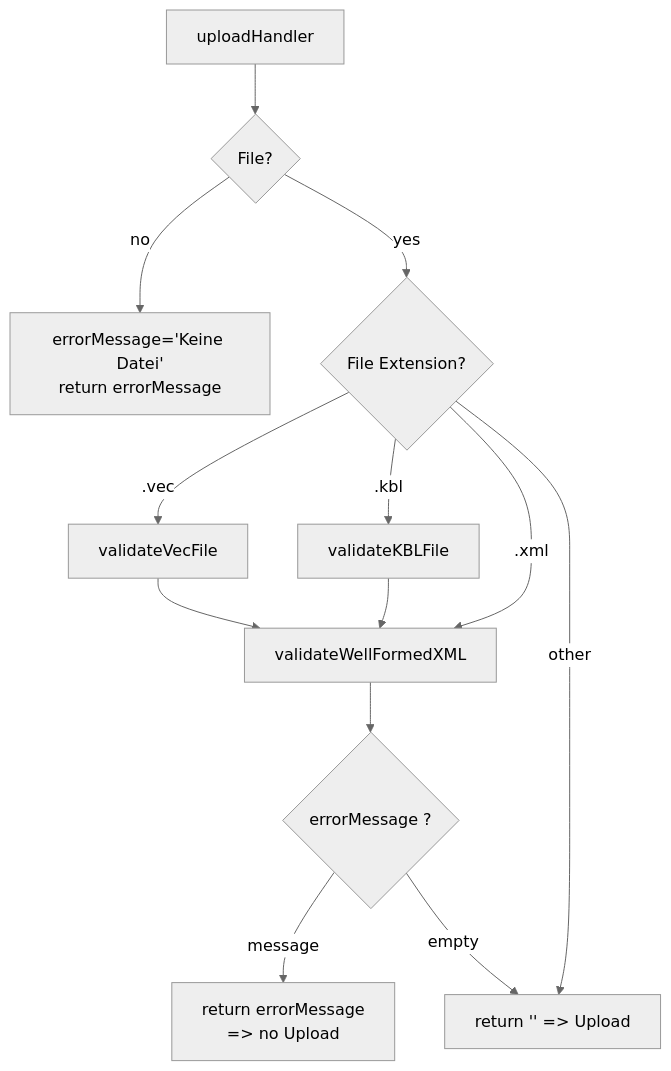
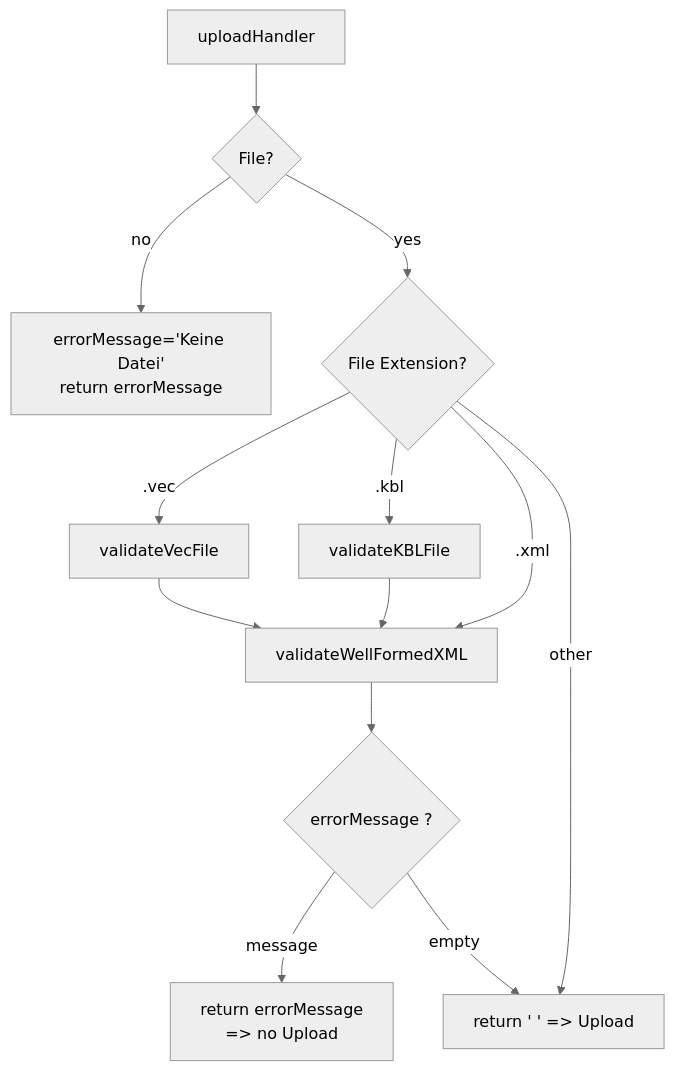
The second of 2 diagrams in PROJECT/UC01-classdiagram.md (DHBW-TINF24F/Team3-Basyx-Editor), drawn with Mermaid (neutral theme) before and after one commit. The commit also changed other lines of this file, not shown here.

````diff
--- a/PROJECT/UC01-classdiagram.md
+++ b/PROJECT/UC01-classdiagram.md
@@ -31,15 +25,15 @@
 ```mermaid
 flowchart TD
     A[uploadHandler] --> B{File?}
     B -->|no| C[errorMessage='Keine Datei'<br/>return errorMessage]
     B -->|yes| D{File Extension?}
     D -->|.vec| E[validateVecFile]
     D -->|.kbl| F[validateKBLFile]
     D -->|.xml| G[validateWellFormedXML]
     D -->|other| K
     E --> G
     F --> G
     G --> I{errorMessage ?}
     I -->|message| J[return errorMessage <br>=> no Upload]
-    I -->|empty| K[return '' => Upload]
+    I -->|empty| K[return ' ' => Upload]
 ```
````
